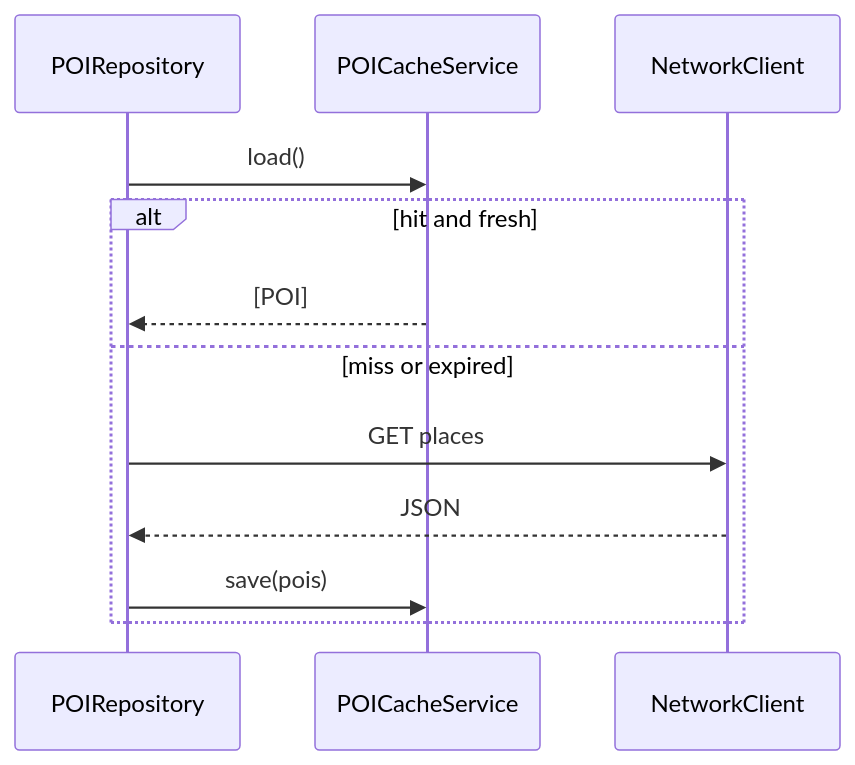
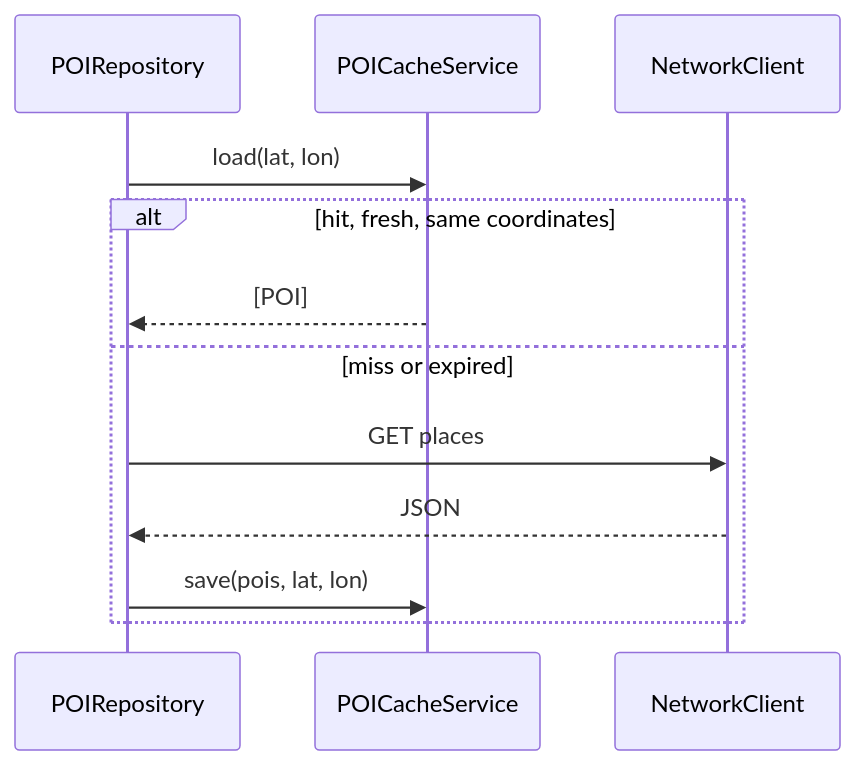
One commit to luizmellodev/Blueprint changed the diagram in Documentation/Content/en/architecture/caching.md. Above: the diagram before and after it, drawn with Mermaid. The commit also changed other lines of this file and 7 other files, not shown here.

First line of the commit message:
Key POI cache by coordinates and guard fetches

````diff
--- a/Documentation/Content/en/architecture/caching.md
+++ b/Documentation/Content/en/architecture/caching.md
@@ -63,15 +62,15 @@
 ```mermaid
 sequenceDiagram
   participant Repo as POIRepository
   participant Cache as POICacheService
   participant API as NetworkClient
 
-  Repo->>Cache: load()
-  alt hit and fresh
+  Repo->>Cache: load(lat, lon)
+  alt hit, fresh, same coordinates
     Cache-->>Repo: [POI]
   else miss or expired
     Repo->>API: GET places
     API-->>Repo: JSON
-    Repo->>Cache: save(pois)
+    Repo->>Cache: save(pois, lat, lon)
   end
 ```
````
